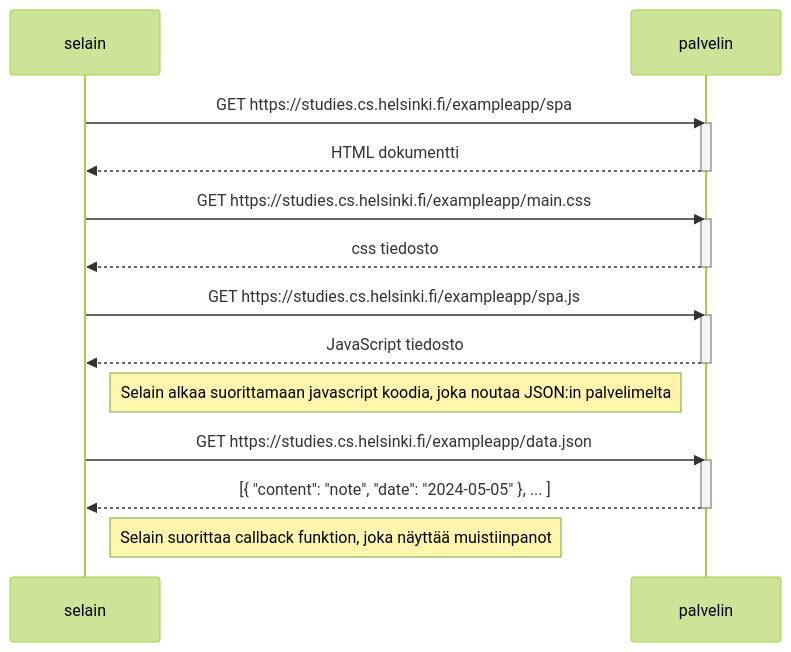
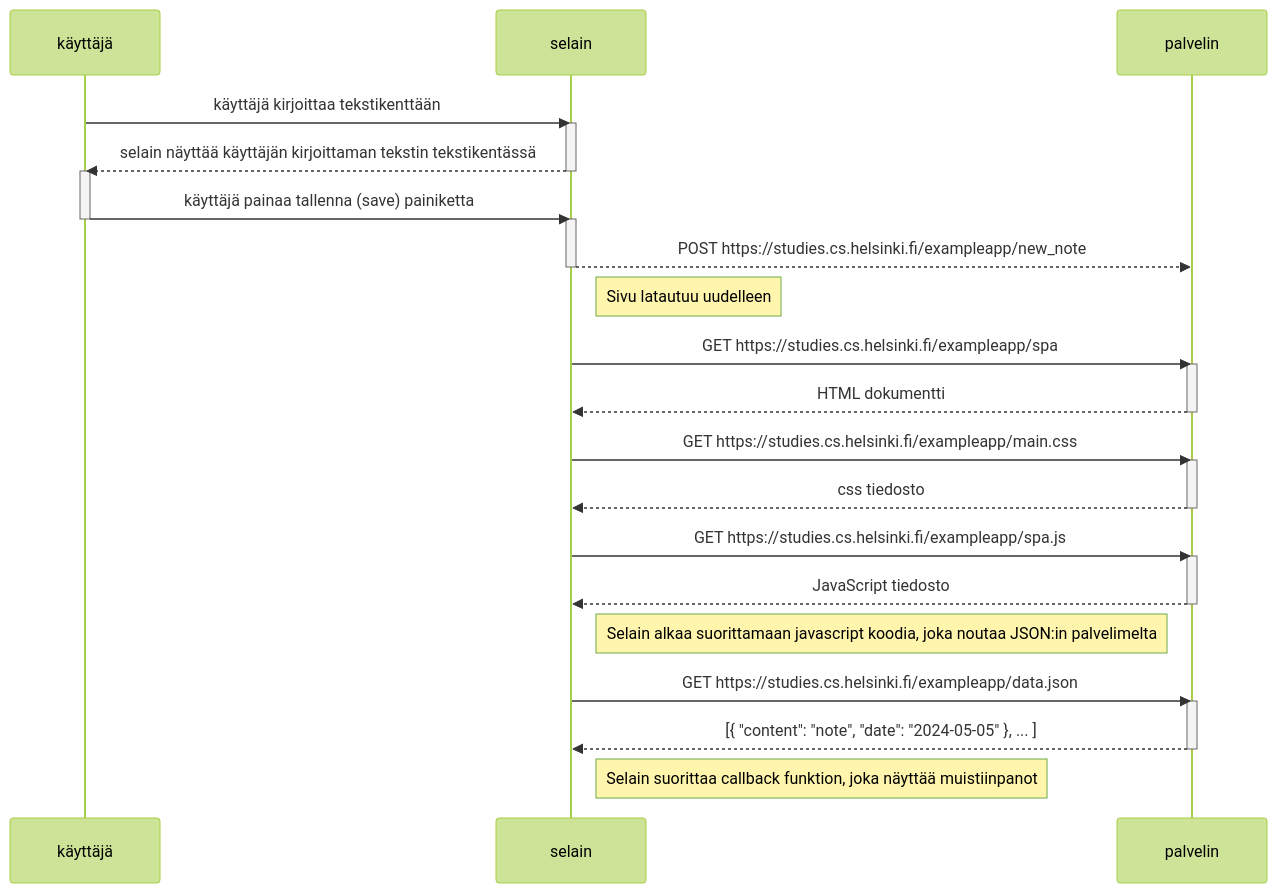
One commit to RRambo/Fullstack-Open changed the diagram in osa0/0.6: Uusi muistiinpano.md. Above: the diagram before and after it, drawn with Mermaid (forest theme).

Commit message:
Update 0.6: Uusi muistiinpano.md
lisätty templateen

````diff
--- a/osa0/0.6: Uusi muistiinpano.md
+++ b/osa0/0.6: Uusi muistiinpano.md
@@ -1,29 +1,45 @@
 ```mermaid
     sequenceDiagram
+        participant käyttäjä
         participant selain
         participant palvelin
+        
+        käyttäjä->>selain: käyttäjä kirjoittaa tekstikenttään
+        activate selain
+        selain-->>käyttäjä: selain näyttää käyttäjän kirjoittaman tekstin tekstikentässä
+        deactivate selain
+		activate käyttäjä
+        
+        käyttäjä->>selain: käyttäjä painaa tallenna (save) painiketta
+		deactivate käyttäjä
+        activate selain
+        selain-->>palvelin: POST https://studies.cs.helsinki.fi/exampleapp/new_note
+        deactivate selain
+
+		Note right of selain: Sivu latautuu uudelleen
+	
         
 		selain->>palvelin: GET https://studies.cs.helsinki.fi/exampleapp/spa
 		activate palvelin
 		palvelin-->>selain: HTML dokumentti
 		deactivate palvelin
 	    
 		selain->>palvelin: GET https://studies.cs.helsinki.fi/exampleapp/main.css
 		activate palvelin
 		palvelin-->>selain: css tiedosto
 		deactivate palvelin
 	    
 		selain->>palvelin: GET https://studies.cs.helsinki.fi/exampleapp/spa.js
 		activate palvelin
 		palvelin-->>selain: JavaScript tiedosto
 		deactivate palvelin
 	    
 		Note right of selain: Selain alkaa suorittamaan javascript koodia, joka noutaa JSON:in palvelimelta
 	    
 		selain->>palvelin: GET https://studies.cs.helsinki.fi/exampleapp/data.json
 		activate palvelin
 		palvelin-->>selain: [{ "content": "note", "date": "2024-05-05" }, ... ]
 		deactivate palvelin    
 	
 		Note right of selain: Selain suorittaa callback funktion, joka näyttää muistiinpanot
 ```
````
